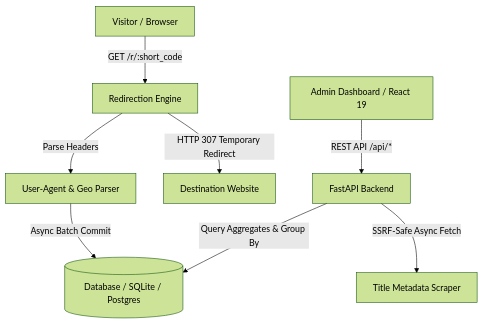
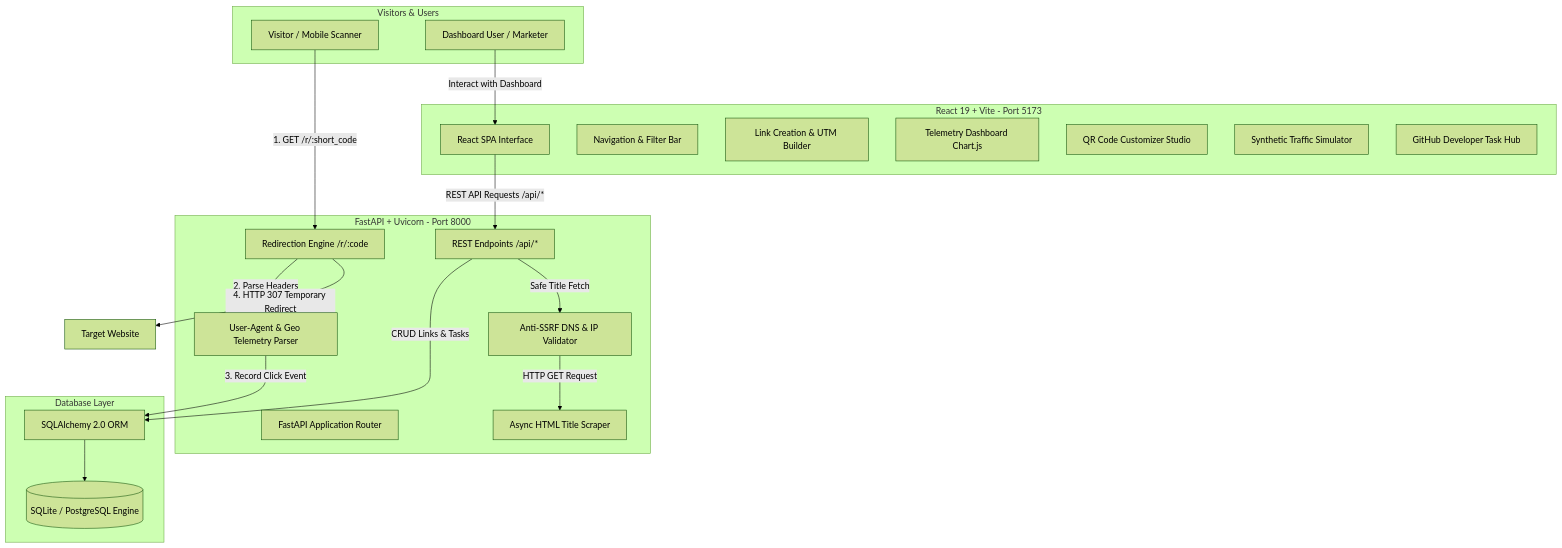
The first of 2 diagrams in README.md (AmineArheche/custom-link-shortener), drawn with Mermaid (forest theme) before and after one commit. The commit also changed other lines of this file and 2 other files, not shown here.

Commit message:
docs: enrich README with architecture, data structures, and tech stack; fix(frontend): resolve React hook order in AnalyticsView and add ErrorBoundary

````diff
--- a/README.md
+++ b/README.md
@@ -46,11 +55,43 @@
 ```mermaid
 flowchart TD
-    Client[Visitor / Browser] -->|GET /r/:short_code| FastAPIRedirect[Redirection Engine]
-    FastAPIRedirect -->|Parse Headers| TelemetryService[User-Agent & Geo Parser]
-    TelemetryService -->|Async Batch Commit| SQLite[(Database / SQLite / Postgres)]
-    FastAPIRedirect -->|HTTP 307 Temporary Redirect| TargetURL[Destination Website]
+    subgraph Visitors & Users
+        Visitor[Visitor / Mobile Scanner]
+        Admin[Dashboard User / Marketer]
+    end
 
-    Dashboard[Admin Dashboard / React 19] -->|REST API /api/*| FastAPIApp[FastAPI Backend]
-    FastAPIApp -->|Query Aggregates & Group By| SQLite
-    FastAPIApp -->|SSRF-Safe Async Fetch| HTMLScraper[Title Metadata Scraper]
+    subgraph Frontend [React 19 + Vite - Port 5173]
+        AppUI[React SPA Interface]
+        Nav[Navigation & Filter Bar]
+        Studio[Link Creation & UTM Builder]
+        AnalyticsComp[Telemetry Dashboard Chart.js]
+        QRComp[QR Code Customizer Studio]
+        SimComp[Synthetic Traffic Simulator]
+        TaskComp[GitHub Developer Task Hub]
+    end
+
+    subgraph Backend [FastAPI + Uvicorn - Port 8000]
+        Router[FastAPI Application Router]
+        RedirEngine[Redirection Engine /r/:code]
+        TelemetryService[User-Agent & Geo Telemetry Parser]
+        APIRoutes[REST Endpoints /api/*]
+        MetadataScraper[Async HTML Title Scraper]
+        SSRFValidator[Anti-SSRF DNS & IP Validator]
+    end
+
+    subgraph Persistence [Database Layer]
+        SQLAlchemyORM[SQLAlchemy 2.0 ORM]
+        Database[(SQLite / PostgreSQL Engine)]
+    end
+
+    Visitor -->|1. GET /r/:short_code| RedirEngine
+    RedirEngine -->|2. Parse Headers| TelemetryService
+    TelemetryService -->|3. Record Click Event| SQLAlchemyORM
+    RedirEngine -->|4. HTTP 307 Temporary Redirect| Destination[Target Website]
+
+    Admin -->|Interact with Dashboard| AppUI
+    AppUI -->|REST API Requests /api/*| APIRoutes
+    APIRoutes -->|CRUD Links & Tasks| SQLAlchemyORM
+    APIRoutes -->|Safe Title Fetch| SSRFValidator
+    SSRFValidator -->|HTTP GET Request| MetadataScraper
+    SQLAlchemyORM --> Database
 ```
````
